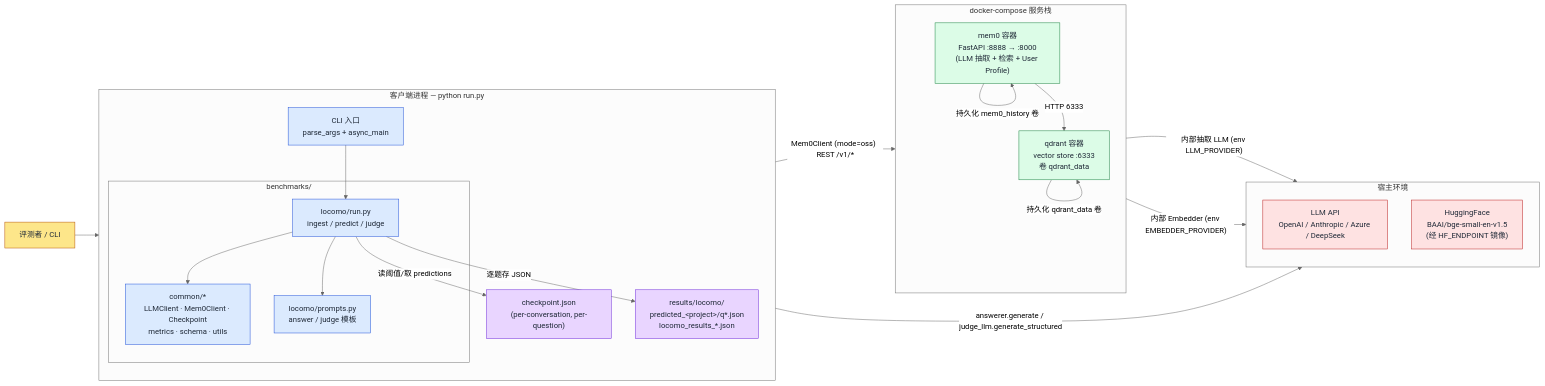
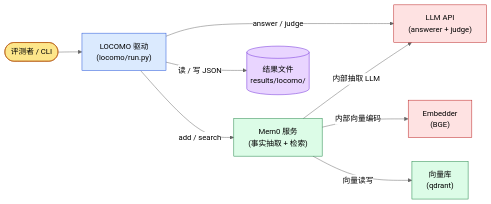
The first of 4 diagrams in UML.md (qsupremacy/memory-benchmarks), drawn with Mermaid (neutral theme) before and after one commit. The commit also changed other lines of this file, not shown here.

First line of the commit message:
docs: simplify UML.md, hide component internals

````diff
--- a/UML.md
+++ b/UML.md
@@ -10,54 +10,25 @@
 ```mermaid
 flowchart LR
-    %% ===== Actors =====
-    User["评测者 / CLI"]:::actor
+    U(["评测者 / CLI"]):::actor
 
-    subgraph Client["客户端进程 — python run.py"]
-        direction TB
-        CLI["CLI 入口<br/>parse_args + async_main"]:::proc
-        subgraph BmarkDriver["benchmarks/"]
-            Locomo["locomo/run.py<br/>ingest / predict / judge"]:::proc
-            Common["common/*<br/>LLMClient · Mem0Client · Checkpoint<br/>metrics · schema · utils"]:::proc
-            Prompts["locomo/prompts.py<br/>answer / judge 模板"]:::proc
-        end
-        Out["results/locomo/<br/>predicted_&lt;project&gt;/q*.json<br/>locomo_results_*.json"]:::store
-        Cp["checkpoint.json<br/>(per-conversation, per-question)"]:::store
-    end
+    Driver["LOCOMO 驱动<br/>(locomo/run.py)"]:::proc
+    LLM["LLM API<br/>(answerer + judge)"]:::ext
+    Mem0["Mem0 服务<br/>(事实抽取 + 检索)"]:::svc
+    Embed["Embedder<br/>(BGE)"]:::ext
+    VecDB["向量库<br/>(qdrant)"]:::svc
+    Disk[("结果文件<br/>results/locomo/")]:::store
 
-    subgraph Host["宿主环境"]
-        direction TB
-        LLMExt["LLM API<br/>OpenAI / Anthropic / Azure / DeepSeek"]:::ext
-        HF["HuggingFace<br/>BAAI/bge-small-en-v1.5<br/>(经 HF_ENDPOINT 镜像)"]:::ext
-    end
+    U --> Driver
+    Driver -->|"answer / judge"| LLM
+    Driver -->|"add / search"| Mem0
+    Driver -->|"读 / 写 JSON"| Disk
+    Mem0 -->|"内部抽取 LLM"| LLM
+    Mem0 -->|"内部向量编码"| Embed
+    Mem0 -->|"向量读写"| VecDB
 
-    subgraph Docker["docker-compose 服务栈"]
-        direction TB
-        Mem0["mem0 容器<br/>FastAPI :8888 → :8000<br/>(LLM 抽取 + 检索 + User Profile)"]:::svc
-        Qdrant["qdrant 容器<br/>vector store :6333<br/>卷 qdrant_data"]:::svc
-    end
-
-    %% ===== Edges =====
-    User --> CLI
-    CLI --> Locomo
-    Locomo --> Common
-    Locomo --> Prompts
-    Locomo -->|"读阈值/取 predictions"| Cp
-    Locomo -->|"逐题存 JSON"| Out
-
-    %% Common → external
-    Common -->|"answerer.generate / judge_llm.generate_structured"| LLMExt
-    Common -->|"Mem0Client (mode=oss)  REST /v1/*"| Mem0
-
-    %% Mem0 internals
-    Mem0 -->|"HTTP 6333"| Qdrant
-    Mem0 -->|"内部抽取 LLM (env LLM_PROVIDER)"| LLMExt
-    Mem0 -->|"内部 Embedder (env EMBEDDER_PROVIDER)"| HF
-    Mem0 -->|"持久化 mem0_history 卷"| Mem0
-    Qdrant -->|"持久化 qdrant_data 卷"| Qdrant
-
-    classDef actor fill:#fde68a,stroke:#b45309,color:#1f2937
-    classDef proc  fill:#dbeafe,stroke:#1d4ed8,color:#1f2937
-    classDef store fill:#e9d5ff,stroke:#6d28d9,color:#1f2937
-    classDef ext   fill:#fee2e2,stroke:#b91c1c,color:#1f2937
-    classDef svc   fill:#dcfce7,stroke:#15803d,color:#1f2937
+    classDef actor fill:#fde68a,stroke:#b45309
+    classDef proc  fill:#dbeafe,stroke:#1d4ed8
+    classDef ext   fill:#fee2e2,stroke:#b91c1c
+    classDef svc   fill:#dcfce7,stroke:#15803d
+    classDef store fill:#e9d5ff,stroke:#6d28d9
 ```
````
